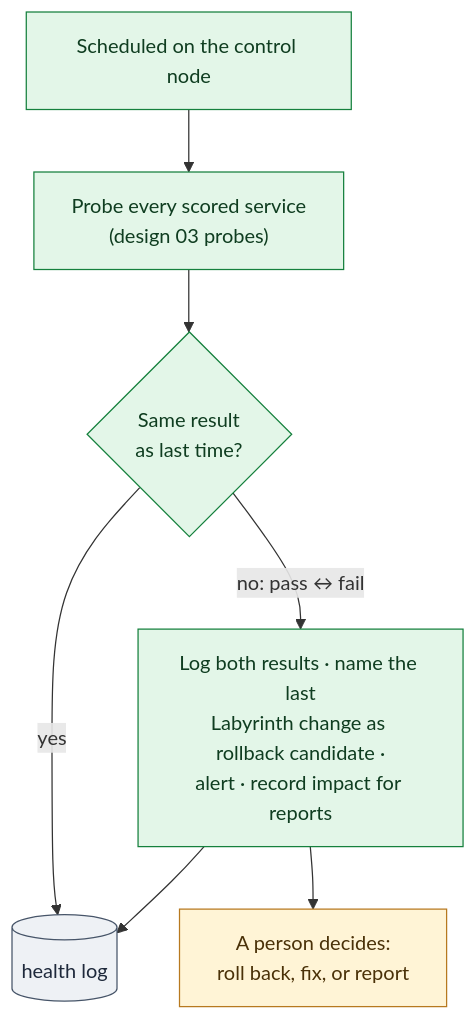
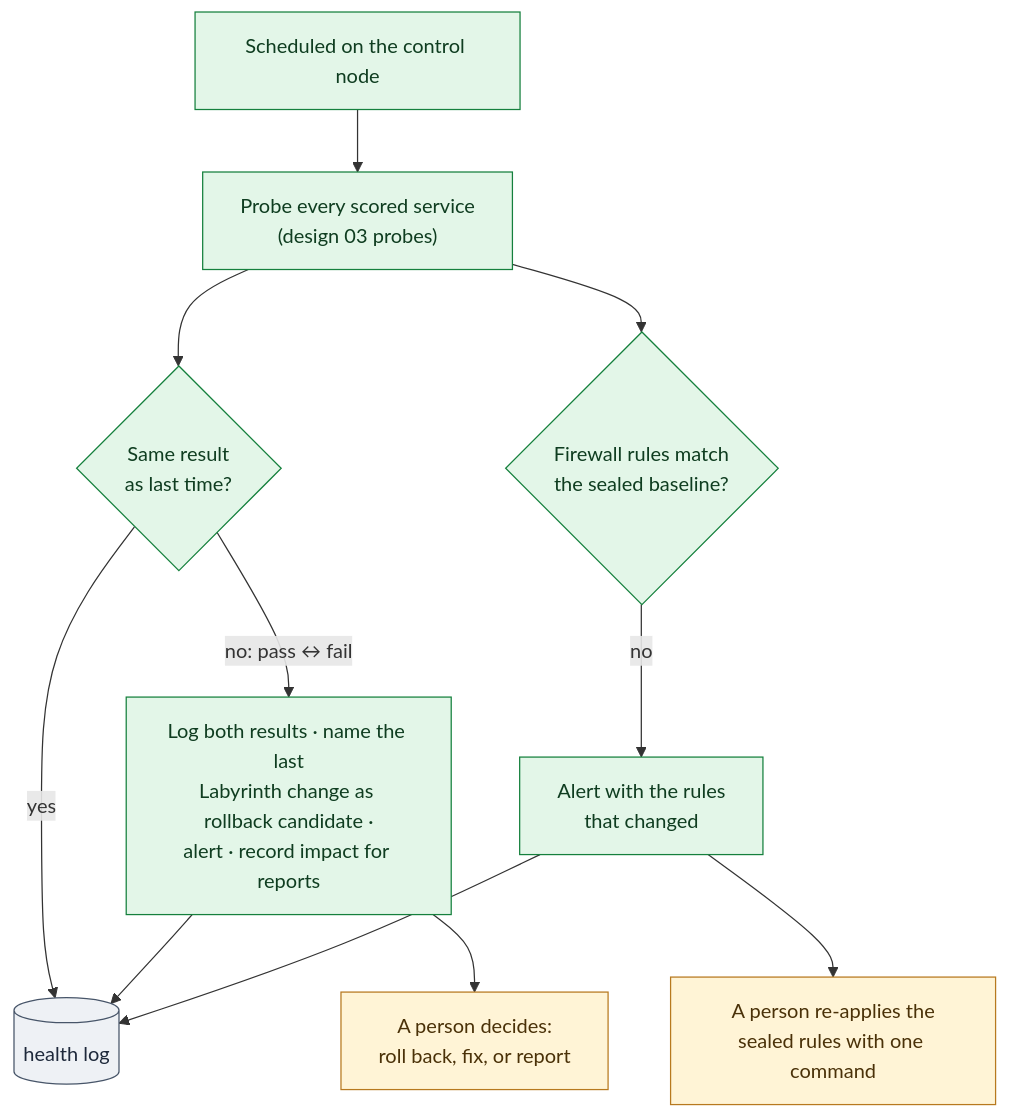
One commit to dotnetdork/Labyrinth changed the diagram in docs/design/19-Health-Monitor-and-Checkpoints.md. Above: the diagram before and after it, drawn with Mermaid. The commit also changed other lines of this file and 27 other files, not shown here.

````diff
--- a/docs/design/19-Health-Monitor-and-Checkpoints.md
+++ b/docs/design/19-Health-Monitor-and-Checkpoints.md
@@ -75,15 +75,19 @@
 ```mermaid
 flowchart TD
     TMR["Scheduled on the control node"] --> PR["Probe every scored service<br/>(design 03 probes)"]
     PR --> CMP{"Same result<br/>as last time?"}
     CMP -->|yes| LOGQ[("health log")]
     CMP -->|"no: pass ↔ fail"| ACT["Log both results · name the last<br/>Labyrinth change as rollback candidate ·<br/>alert · record impact for reports"]
     ACT --> LOGQ
     ACT --> HUM["A person decides:<br/>roll back, fix, or report"]
+    PR --> FW{"Firewall rules match<br/>the sealed baseline?"}
+    FW -->|no| DRIFT["Alert with the rules<br/>that changed"]
+    DRIFT --> LOGQ
+    DRIFT --> HUM2["A person re-applies the<br/>sealed rules with one command"]
     classDef sustain fill:#e3f6e8,stroke:#15803d,color:#0f3d20
     classDef human fill:#fff4d6,stroke:#b7791f,color:#4a3108
     classDef store fill:#eef1f5,stroke:#475569,color:#1e293b
-    class TMR,PR,CMP,ACT sustain
-    class HUM human
+    class TMR,PR,CMP,ACT,FW,DRIFT sustain
+    class HUM,HUM2 human
     class LOGQ store
 ```
````
